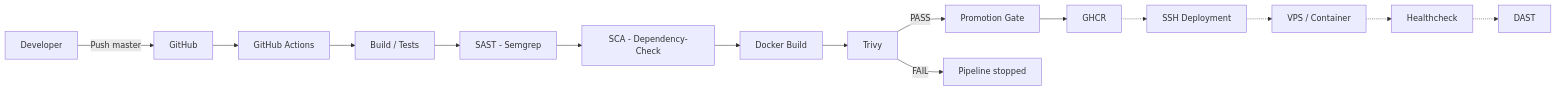
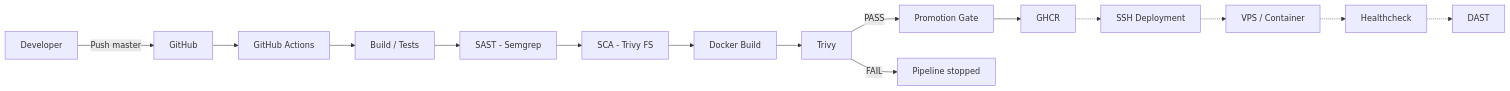
Before and after one commit to idriss-eliguene/test-technique-africfinance: the diagram in README.md, drawn with Mermaid. The commit also changed other lines of this file and 3 other files, not shown here.

Commit message:
security: simplifier le SCA avec Trivy

````diff
--- a/README.md
+++ b/README.md
@@ -28,17 +28,17 @@
 ```mermaid
 flowchart LR
     DEV[Developer] -->|Push master| GH[GitHub]
     GH --> CI[GitHub Actions]
     CI --> TEST[Build / Tests]
     TEST --> SAST[SAST - Semgrep]
-    SAST --> SCA[SCA - Dependency-Check]
+    SAST --> SCA[SCA - Trivy FS]
     SCA --> BUILD[Docker Build]
     BUILD --> TRIVY[Trivy]
     TRIVY -->|PASS| GATE[Promotion Gate]
     TRIVY -->|FAIL| STOP[Pipeline stopped]
     GATE --> REG[GHCR]
     REG -.-> SSH[SSH Deployment]
     SSH -.-> VPS[VPS / Container]
     VPS -.-> HC[Healthcheck]
     HC -.-> DAST[DAST]
 ```
````
